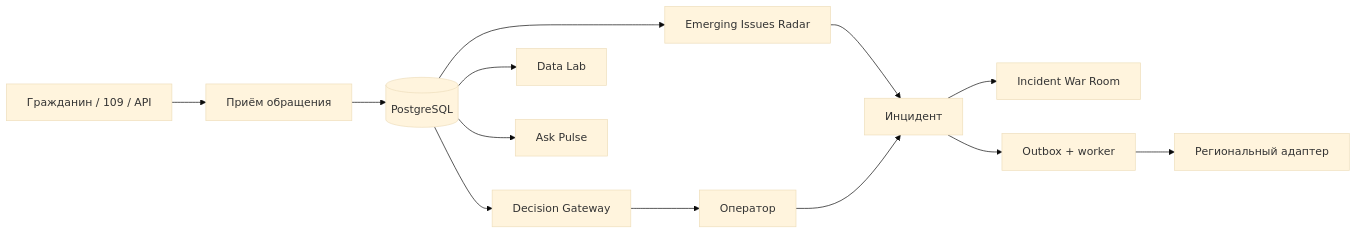
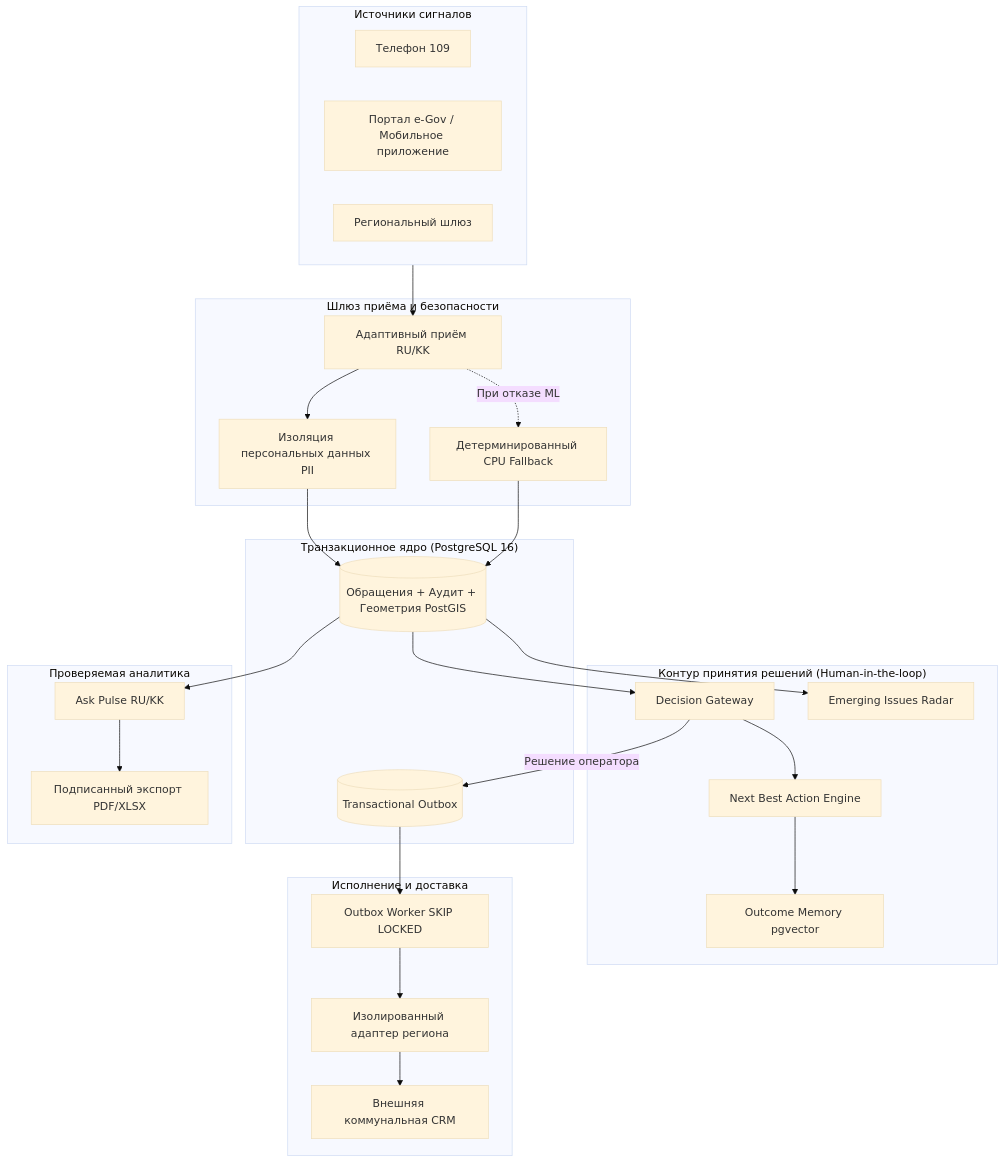
One commit to BAITC-Hacks/hack-803e2c8f-baash changed the diagram in README.md. Above: the diagram before and after it, drawn with Mermaid (base theme). The commit also changed other lines of this file and 1 other file, not shown here.

````diff
--- a/README.md
+++ b/README.md
@@ -69,15 +84,46 @@
 ```mermaid
-flowchart LR
-    A[Гражданин / 109 / API] --> B[Приём обращения]
-    B --> C[(PostgreSQL)]
-    C --> D[Decision Gateway]
-    D --> E[Оператор]
-    C --> R[Emerging Issues Radar]
-    R --> I[Инцидент]
-    E --> I
-    I --> W[Incident War Room]
-    I --> O[Outbox + worker]
-    O --> X[Региональный адаптер]
-    C --> L[Data Lab]
-    C --> P[Ask Pulse]
+flowchart TD
+    subgraph Citizens["Источники сигналов"]
+        C1[Телефон 109]
+        C2[Портал e-Gov / Мобильное приложение]
+        C3[Региональный шлюз]
+    end
+
+    subgraph IntakeBoundary["Шлюз приёма и безопасности"]
+        I[Адаптивный приём RU/KK]
+        P[Изоляция персональных данных PII]
+        D[Детерминированный CPU Fallback]
+    end
+
+    subgraph CoreStorage["Транзакционное ядро (PostgreSQL 16)"]
+        DB[(Обращения + Аудит + Геометрия PostGIS)]
+        OUTBOX[(Transactional Outbox)]
+    end
+
+    subgraph DecisionLayer["Контур принятия решений (Human-in-the-loop)"]
+        GW[Decision Gateway]
+        RADAR[Emerging Issues Radar]
+        NBA[Next Best Action Engine]
+        MEM[Outcome Memory pgvector]
+    end
+
+    subgraph Execution["Исполнение и доставка"]
+        WORKER[Outbox Worker SKIP LOCKED]
+        ADAPT[Изолированный адаптер региона]
+        CRM[Внешняя коммунальная CRM]
+    end
+
+    subgraph AnalyticsEngine["Проверяемая аналитика"]
+        ASK[Ask Pulse RU/KK]
+        EXP[Подписанный экспорт PDF/XLSX]
+    end
+
+    Citizens --> I --> P --> DB
+    I -. При отказе ML .-> D --> DB
+    DB --> RADAR
+    DB --> GW --> NBA
+    NBA --> MEM
+    GW -->|Решение оператора| OUTBOX
+    OUTBOX --> WORKER --> ADAPT --> CRM
+    DB --> ASK --> EXP
 ```
````
